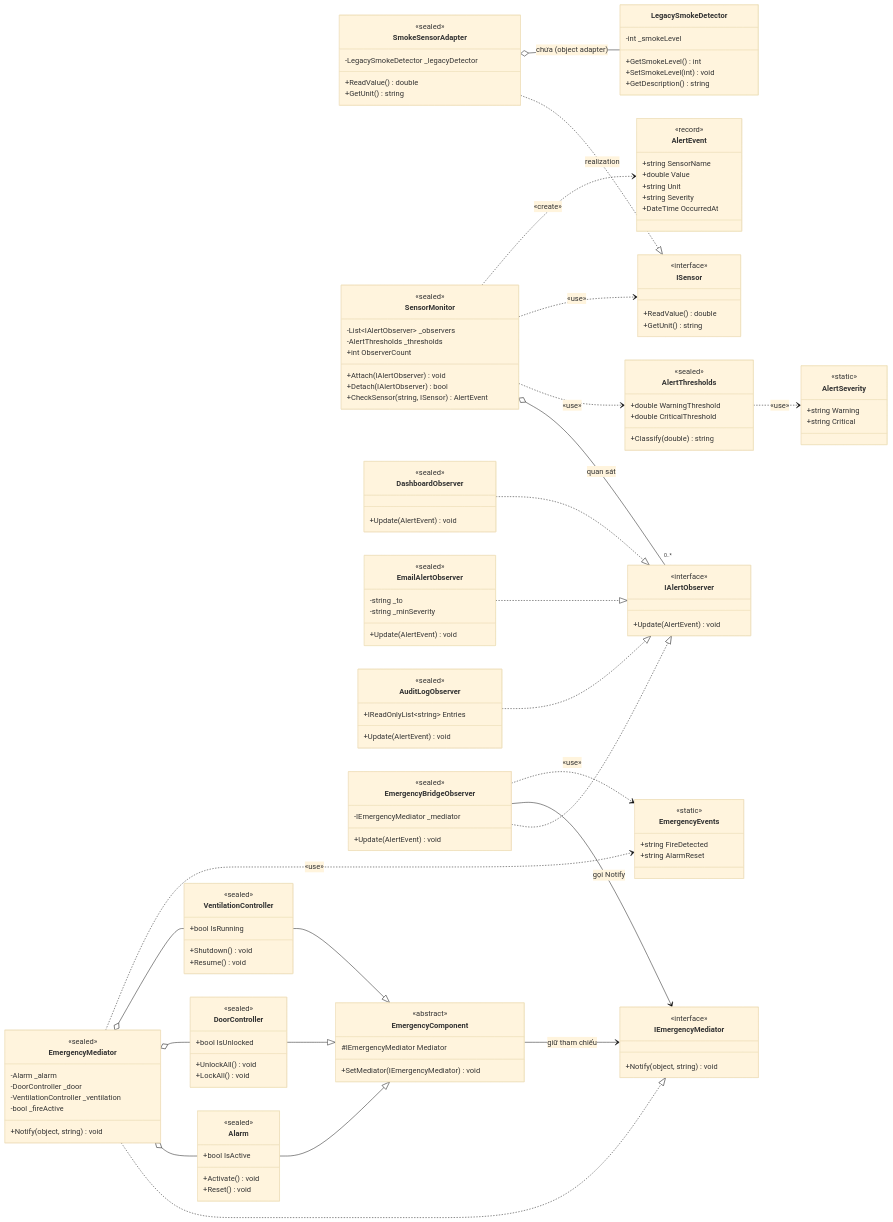
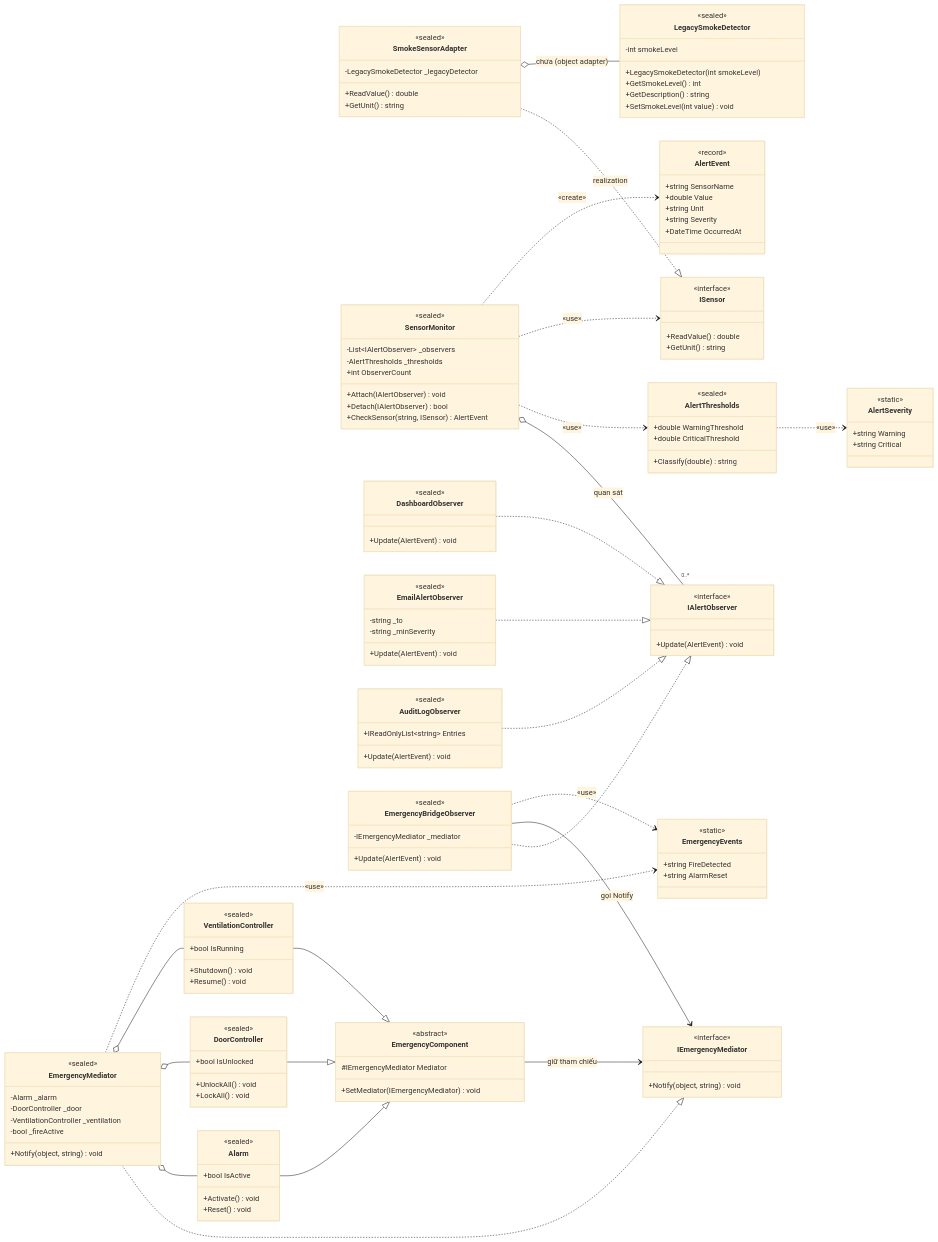
Before and after one commit to huyp17-hub/OOP_B11: the diagram in docs/class-diagram.mmd, drawn with Mermaid (base theme). The commit also changed 21 other files, not shown here.

Commit message:
fix: áp lab11-fix.patch (sơ đồ Graphviz, PDF báo cáo, LegacySmokeDetector dùng constructor)

```diff
--- a/docs/class-diagram.mmd
+++ b/docs/class-diagram.mmd
@@ -1,150 +1,152 @@
 classDiagram
     direction LR
 
     %% ----------------- Adapter -----------------
     class ISensor {
         <<interface>>
         +ReadValue() double
         +GetUnit() string
     }
     class LegacySmokeDetector {
-        -int _smokeLevel
+        <<sealed>>
+        -int smokeLevel
+        +LegacySmokeDetector(int smokeLevel)
         +GetSmokeLevel() int
-        +SetSmokeLevel(int) void
         +GetDescription() string
+        +SetSmokeLevel(int value) void
     }
     class SmokeSensorAdapter {
         <<sealed>>
         -LegacySmokeDetector _legacyDetector
         +ReadValue() double
         +GetUnit() string
     }
 
     %% ----------------- Alerts ------------------
     class AlertEvent {
         <<record>>
         +string SensorName
         +double Value
         +string Unit
         +string Severity
         +DateTime OccurredAt
     }
     class AlertSeverity {
         <<static>>
         +string Warning
         +string Critical
     }
     class AlertThresholds {
         <<sealed>>
         +double WarningThreshold
         +double CriticalThreshold
         +Classify(double) string
     }
 
     %% --------------- Monitoring ----------------
     class IAlertObserver {
         <<interface>>
         +Update(AlertEvent) void
     }
     class SensorMonitor {
         <<sealed>>
         -List~IAlertObserver~ _observers
         -AlertThresholds _thresholds
         +int ObserverCount
         +Attach(IAlertObserver) void
         +Detach(IAlertObserver) bool
         +CheckSensor(string, ISensor) AlertEvent
     }
 
     %% ---------------- Observers ----------------
     class DashboardObserver {
         <<sealed>>
         +Update(AlertEvent) void
     }
     class EmailAlertObserver {
         <<sealed>>
         -string _to
         -string _minSeverity
         +Update(AlertEvent) void
     }
     class AuditLogObserver {
         <<sealed>>
         +IReadOnlyList~string~ Entries
         +Update(AlertEvent) void
     }
     class EmergencyBridgeObserver {
         <<sealed>>
         -IEmergencyMediator _mediator
         +Update(AlertEvent) void
     }
 
     %% ---------------- Emergency ----------------
     class EmergencyEvents {
         <<static>>
         +string FireDetected
         +string AlarmReset
     }
     class IEmergencyMediator {
         <<interface>>
         +Notify(object, string) void
     }
     class EmergencyComponent {
         <<abstract>>
         #IEmergencyMediator Mediator
         +SetMediator(IEmergencyMediator) void
     }
     class EmergencyMediator {
         <<sealed>>
         -Alarm _alarm
         -DoorController _door
         -VentilationController _ventilation
         -bool _fireActive
         +Notify(object, string) void
     }
     class Alarm {
         <<sealed>>
         +bool IsActive
         +Activate() void
         +Reset() void
     }
     class DoorController {
         <<sealed>>
         +bool IsUnlocked
         +UnlockAll() void
         +LockAll() void
     }
     class VentilationController {
         <<sealed>>
         +bool IsRunning
         +Shutdown() void
         +Resume() void
     }
 
     %% ---------------- Quan hệ ------------------
     SmokeSensorAdapter ..|> ISensor : realization
     SmokeSensorAdapter o-- LegacySmokeDetector : chứa (object adapter)
 
     DashboardObserver ..|> IAlertObserver
     EmailAlertObserver ..|> IAlertObserver
     AuditLogObserver ..|> IAlertObserver
     EmergencyBridgeObserver ..|> IAlertObserver
 
     SensorMonitor o-- "0..*" IAlertObserver : quan sát
     SensorMonitor ..> AlertThresholds : «use»
     SensorMonitor ..> ISensor : «use»
     SensorMonitor ..> AlertEvent : «create»
     AlertThresholds ..> AlertSeverity : «use»
 
     EmergencyBridgeObserver --> IEmergencyMediator : gọi Notify
     EmergencyBridgeObserver ..> EmergencyEvents : «use»
     EmergencyMediator ..|> IEmergencyMediator
     EmergencyComponent --> IEmergencyMediator : giữ tham chiếu
 
     Alarm --|> EmergencyComponent
     DoorController --|> EmergencyComponent
     VentilationController --|> EmergencyComponent
 
     EmergencyMediator o-- Alarm
     EmergencyMediator o-- DoorController
     EmergencyMediator o-- VentilationController
     EmergencyMediator ..> EmergencyEvents : «use»
```
